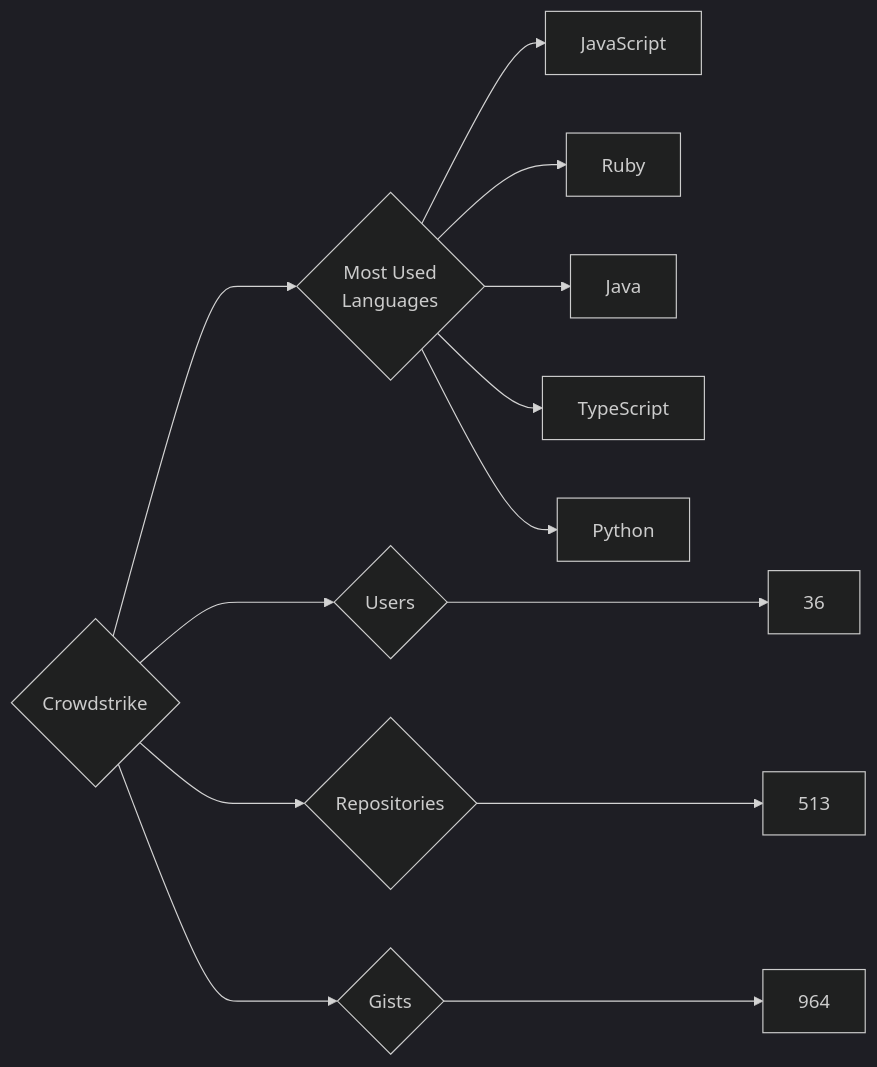
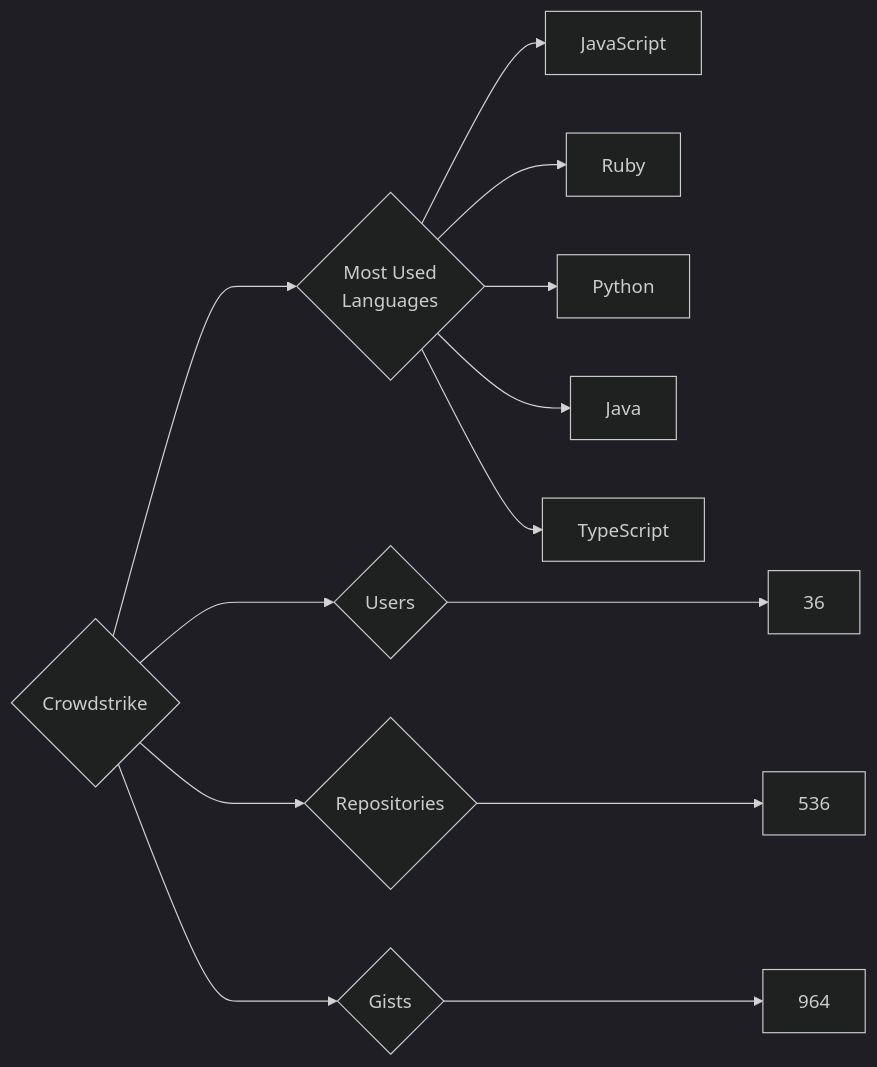
One commit to trickest/insiders changed the diagram in targets/Crowdstrike/README.md. Above: the diagram before and after it, drawn with Mermaid (dark theme). The commit also changed 900 other files, not shown here.

````diff
--- a/targets/Crowdstrike/README.md
+++ b/targets/Crowdstrike/README.md
@@ -3,13 +3,13 @@
 ```mermaid
 graph LR
 COMPANY_NAME{Crowdstrike}
 COMPANY_NAME ---> U{Users} ---> UN[36]
-COMPANY_NAME ---> R{Repositories} ---> RN[513]
+COMPANY_NAME ---> R{Repositories} ---> RN[536]
 COMPANY_NAME ---> G{Gists} ---> GN[964]
 COMPANY_NAME ---> ML{Most Used<br>Languages}
 ML --> JavaScript[JavaScript]
 ML --> Ruby[Ruby]
+ML --> Python[Python]
 ML --> Java[Java]
 ML --> TypeScript[TypeScript]
-ML --> Python[Python]
 ```
````
